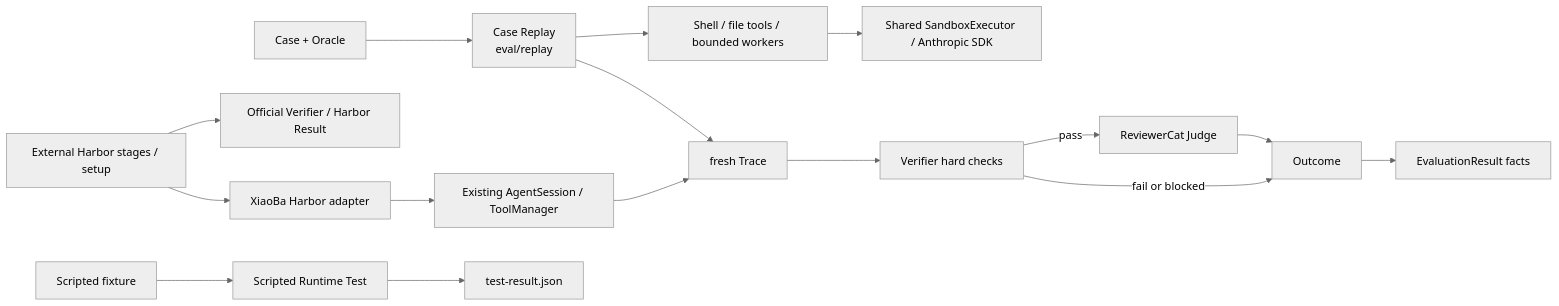
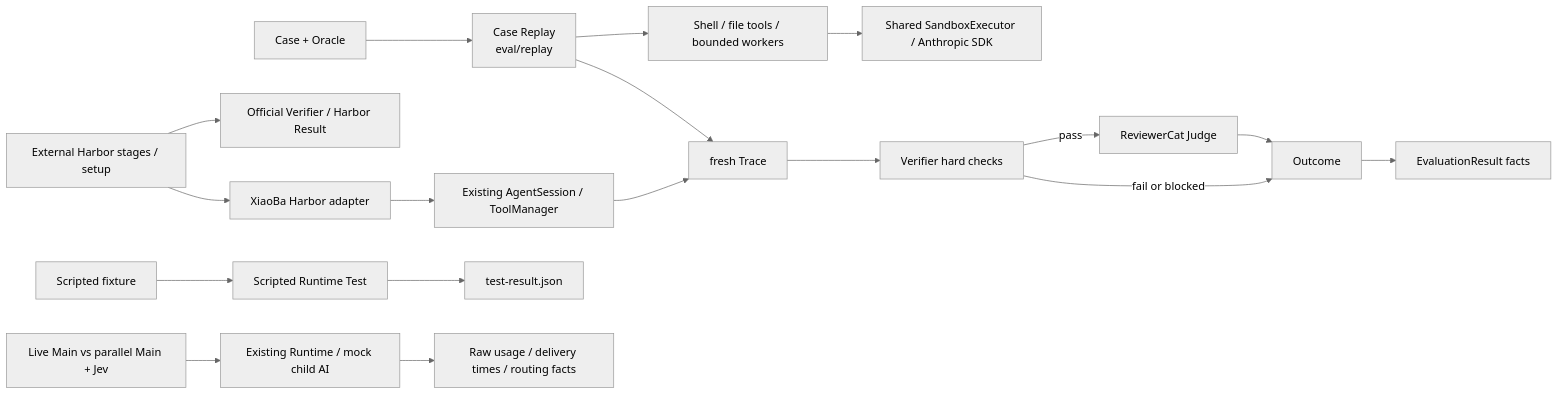
The first of 2 diagrams in docs/evaluation/SPEC.md (fightheyyy/XIAOBA), drawn with Mermaid (neutral theme) before and after one commit. The commit also changed other lines of this file and 5 other files, not shown here.

Commit message:
eval: add isolated Main/Jev routing experiment and sanitized observations

````diff
--- a/docs/evaluation/SPEC.md
+++ b/docs/evaluation/SPEC.md
@@ -53,19 +59,21 @@
 ```mermaid
 flowchart LR
     Harbor["External Harbor stages / setup"] --> Adapter["XiaoBa Harbor adapter"]
     Adapter --> Runtime["Existing AgentSession / ToolManager"]
     Runtime --> Trace
     Harbor --> Official["Official Verifier / Harbor Result"]
     Replay --> Execution["Shell / file tools / bounded workers"]
     Execution --> Sandbox["Shared SandboxExecutor / Anthropic SDK"]
     Fixture["Scripted fixture"] --> Test["Scripted Runtime Test"]
     Test --> TestResult["test-result.json"]
+    Comparison["Live Main vs parallel Main + Jev"] --> MockChild["Existing Runtime / mock child AI"]
+    MockChild --> Measurements["Raw usage / delivery times / routing facts"]
 
     Case["Case + Oracle"] --> Replay["Case Replay<br/>eval/replay"]
     Replay --> Trace["fresh Trace"]
     Trace --> Verifier["Verifier hard checks"]
     Verifier -->|pass| Reviewer["ReviewerCat Judge"]
     Verifier -->|fail or blocked| Outcome["Outcome"]
     Reviewer --> Outcome
     Outcome --> Facts["EvaluationResult facts"]
 ```
````
